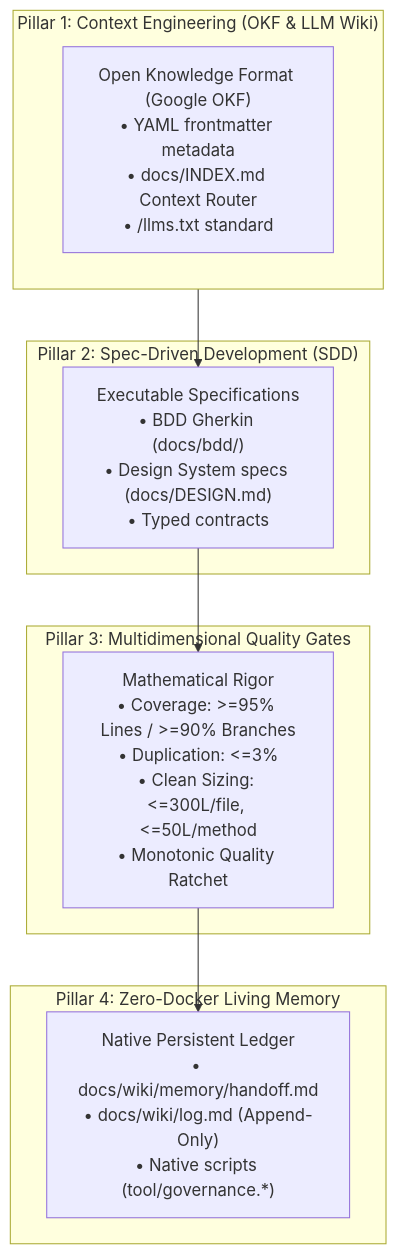
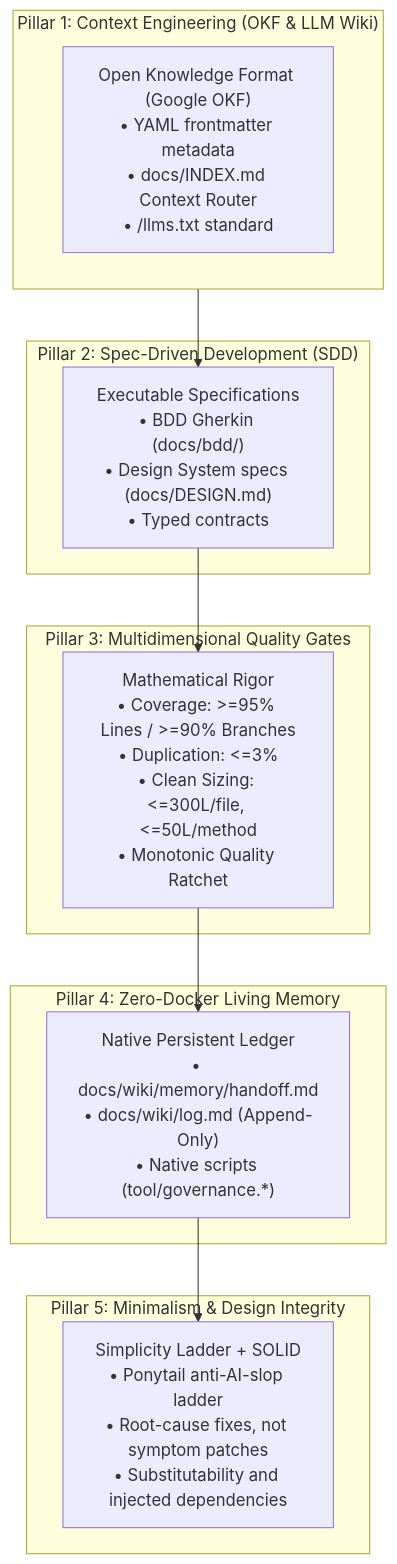
One commit to felipecarvalho/oaef changed the diagram in README.md. Above: the diagram before and after it, drawn with Mermaid. The commit also changed other lines of this file and 758 other files, not shown here.

````diff
--- a/README.md
+++ b/README.md
@@ -45,22 +45,27 @@
 ```mermaid
 flowchart TD
     subgraph P1 ["Pillar 1: Context Engineering (OKF & LLM Wiki)"]
         OKF["Open Knowledge Format (Google OKF)<br/>• YAML frontmatter metadata<br/>• docs/INDEX.md Context Router<br/>• /llms.txt standard"]
     end
 
     subgraph P2 ["Pillar 2: Spec-Driven Development (SDD)"]
         SDD["Executable Specifications<br/>• BDD Gherkin (docs/bdd/)<br/>• Design System specs (docs/DESIGN.md)<br/>• Typed contracts"]
     end
 
     subgraph P3 ["Pillar 3: Multidimensional Quality Gates"]
         QG["Mathematical Rigor<br/>• Coverage: >=95% Lines / >=90% Branches<br/>• Duplication: <=3%<br/>• Clean Sizing: <=300L/file, <=50L/method<br/>• Monotonic Quality Ratchet"]
     end
 
     subgraph P4 ["Pillar 4: Zero-Docker Living Memory"]
         MEM["Native Persistent Ledger<br/>• docs/wiki/memory/handoff.md<br/>• docs/wiki/log.md (Append-Only)<br/>• Native scripts (tool/governance.*)"]
     end
 
+    subgraph P5 ["Pillar 5: Minimalism & Design Integrity"]
+        MIN["Simplicity Ladder + SOLID<br/>• Ponytail anti-AI-slop ladder<br/>• Root-cause fixes, not symptom patches<br/>• Substitutability and injected dependencies"]
+    end
+
     P1 --> SDD
     SDD --> QG
     QG --> MEM
+    MEM --> MIN
 ```
````
